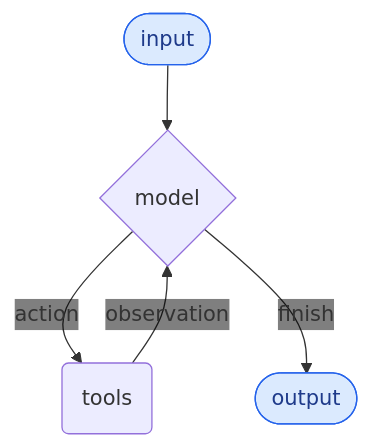
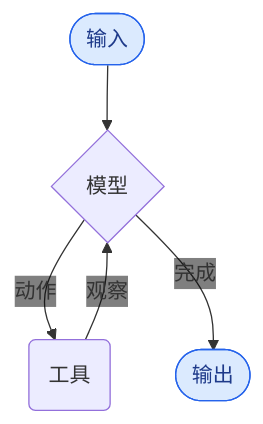
The diagram in oss/python/langchain/agents.mdx (kunfan96/cndocs-langchain), drawn with Mermaid before and after one commit. The commit also changed other lines of this file and 1450 other files, not shown here.

````diff
--- a/oss/python/langchain/agents.mdx
+++ b/oss/python/langchain/agents.mdx
@@ -14,28 +12,28 @@
 ```mermaid
 %%{
   init: {
     "fontFamily": "monospace",
     "flowchart": {
       "curve": "curve"
     },
     "themeVariables": {"edgeLabelBackground": "transparent"}
   }
 }%%
 graph TD
   %% Outside the agent
-  QUERY([input])
-  LLM{model}
-  TOOL(tools)
-  ANSWER([output])
+  QUERY([输入])
+  LLM{模型}
+  TOOL(工具)
+  ANSWER([输出])
 
   %% Main flows (no inline labels)
   QUERY --> LLM
-  LLM --"action"--> TOOL
-  TOOL --"observation"--> LLM
-  LLM --"finish"--> ANSWER
+  LLM --"动作"--> TOOL
+  TOOL --"观察"--> LLM
+  LLM --"完成"--> ANSWER
 
   classDef blueHighlight fill:#DBEAFE,stroke:#2563EB,color:#1E3A8A;
   classDef greenHighlight fill:#DCFCE7,stroke:#16A34A,color:#14532D;
   class QUERY blueHighlight;
   class ANSWER blueHighlight;
 ```
````
